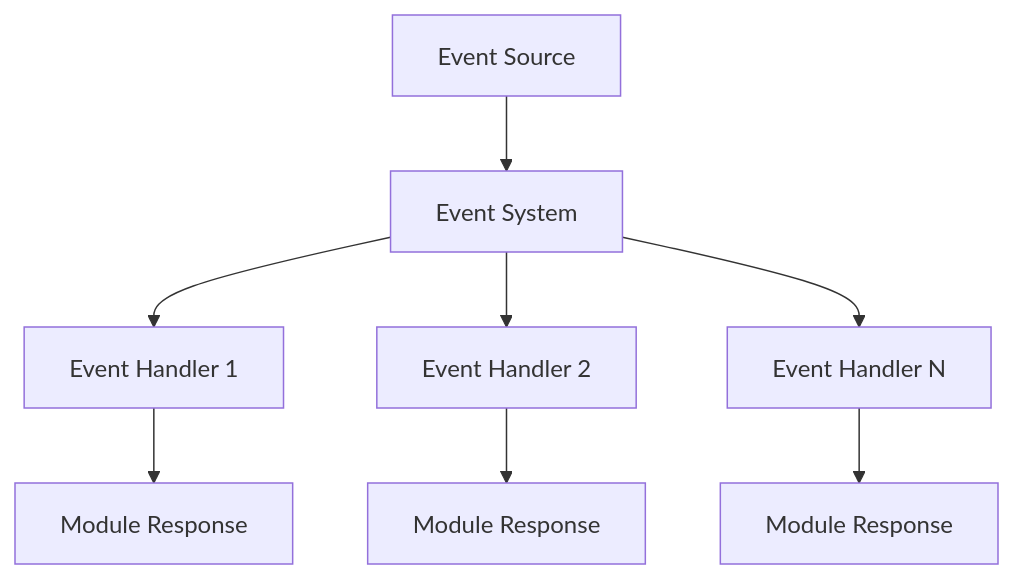
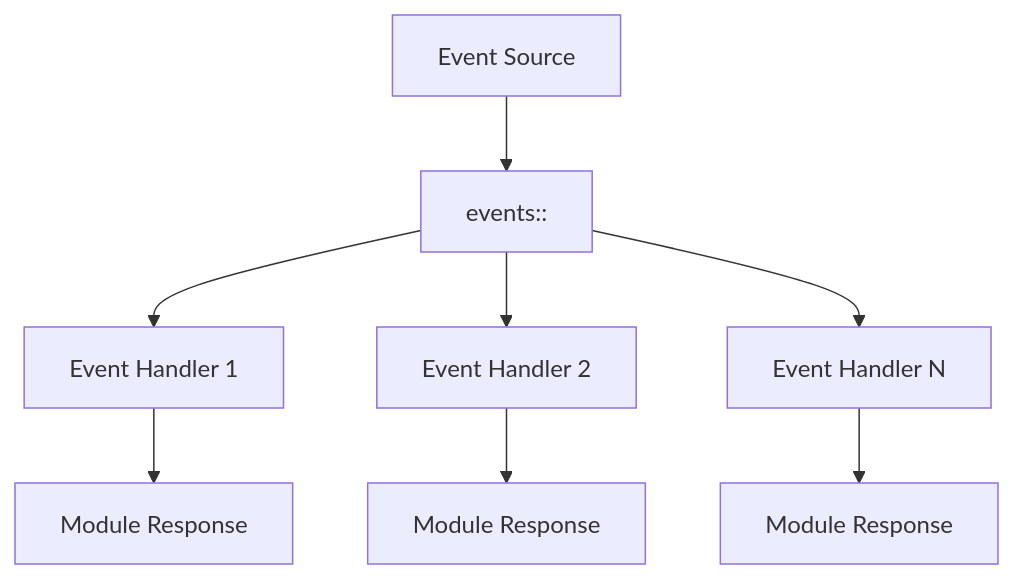
The third of 14 diagrams in docs/005-integration.md (timewave-computer/valence-solana), drawn with Mermaid before and after one commit. The commit also changed other lines of this file and 70 other files, not shown here.

````diff
--- a/docs/005-integration.md
+++ b/docs/005-integration.md
@@ -52,11 +52,11 @@
 ```mermaid
 graph TD
-    A[Event Source] --> B[Event System]
+    A[Event Source] --> B[events::]
     B --> C[Event Handler 1]
     B --> D[Event Handler 2]
     B --> E[Event Handler N]
     
     C --> F[Module Response]
     D --> G[Module Response]
     E --> H[Module Response]
 ```
````
